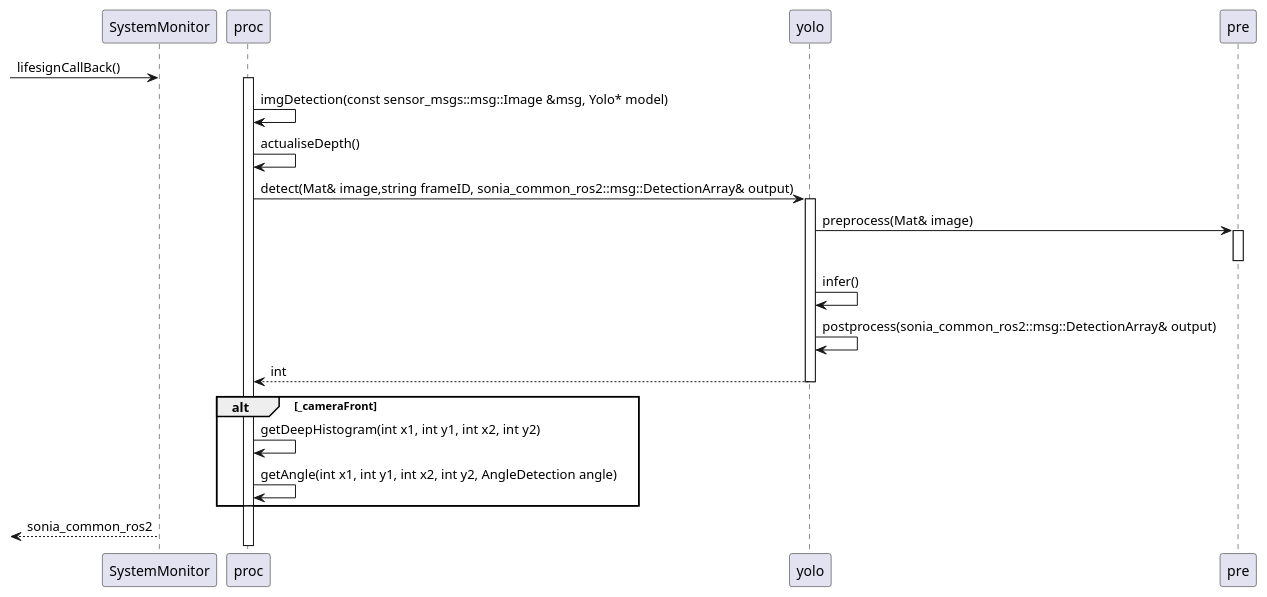
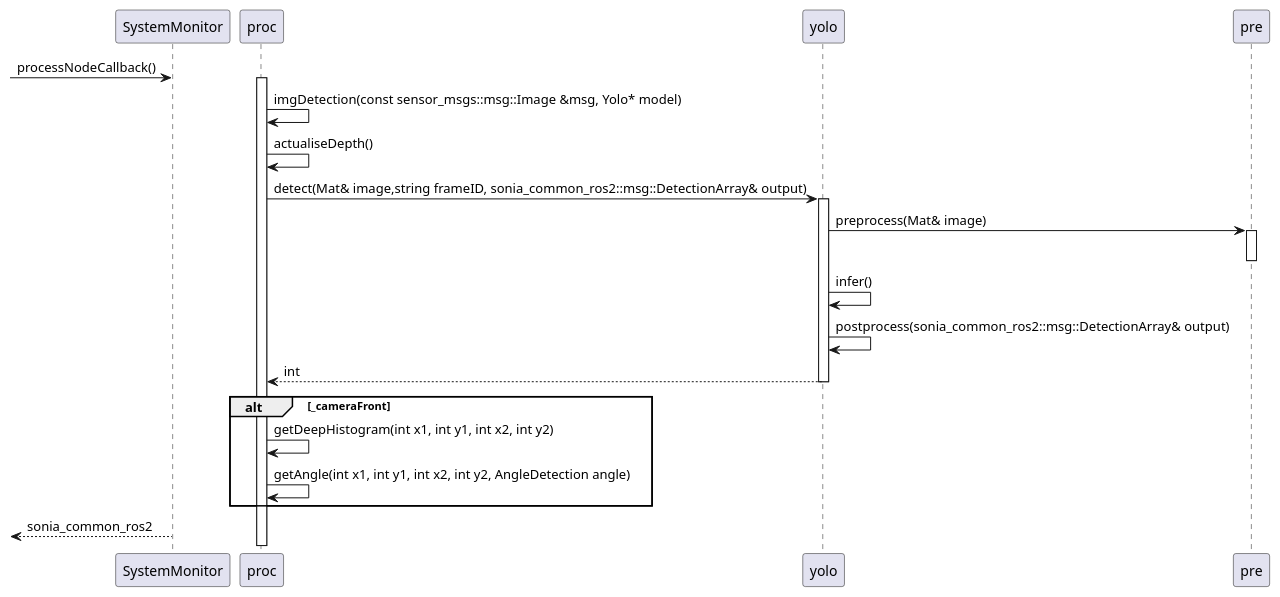
One commit to sonia-auv/sonia_deploy changed the diagram in doc/SequenceDiagram.wsd. Above: the diagram before and after it, drawn with PlantUML. The commit also changed 4 other files, not shown here.

```diff
--- a/doc/SequenceDiagram.wsd
+++ b/doc/SequenceDiagram.wsd
@@ -1,26 +1,26 @@
 @startuml template
 
 participant SystemMonitor as sys
 
 
--> sys : lifesignCallBack()
+-> sys : processNodeCallback()
 Activate proc
 proc -> proc : imgDetection(const sensor_msgs::msg::Image &msg, Yolo* model) 
 proc -> proc : actualiseDepth()
 proc -> yolo : detect(Mat& image,string frameID, sonia_common_ros2::msg::DetectionArray& output)
 Activate yolo
 yolo -> pre : preprocess(Mat& image)
 Activate pre
 deactivate pre
 yolo -> yolo : infer()
 yolo -> yolo : postprocess(sonia_common_ros2::msg::DetectionArray& output)
 yolo --> proc : int
 deactivate yolo
 
 alt _cameraFront
 proc -> proc : getDeepHistogram(int x1, int y1, int x2, int y2)
 proc -> proc : getAngle(int x1, int y1, int x2, int y2, AngleDetection angle)
 end
 <-- sys : sonia_common_ros2
 
 @enduml
```
